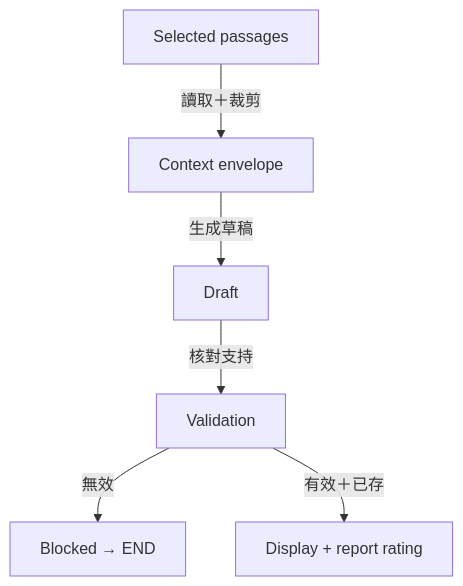
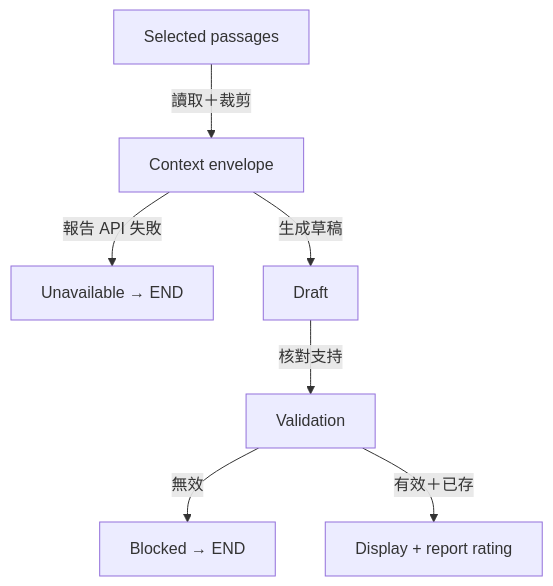
The diagram in public/downloads/finance-diagrams/report-zh.mmd (ByronHo68/ai-learning-academy), drawn with Mermaid before and after one commit. The commit also changed 81 other files, not shown here.

```diff
--- a/public/downloads/finance-diagrams/report-zh.mmd
+++ b/public/downloads/finance-diagrams/report-zh.mmd
@@ -1,12 +1,14 @@
 flowchart TD
   n0["Selected passages"]
   n1["Context envelope"]
-  n2["Draft"]
-  n3["Validation"]
-  n4["Blocked → END"]
-  n5["Display + report rating"]
+  n2["Unavailable → END"]
+  n3["Draft"]
+  n4["Validation"]
+  n5["Blocked → END"]
+  n6["Display + report rating"]
   n0 -- "讀取＋裁剪" --> n1
-  n1 -- "生成草稿" --> n2
-  n2 -- "核對支持" --> n3
-  n3 -- "無效" --> n4
-  n3 -- "有效＋已存" --> n5
+  n1 -- "報告 API 失敗" --> n2
+  n1 -- "生成草稿" --> n3
+  n3 -- "核對支持" --> n4
+  n4 -- "無效" --> n5
+  n4 -- "有效＋已存" --> n6
```
